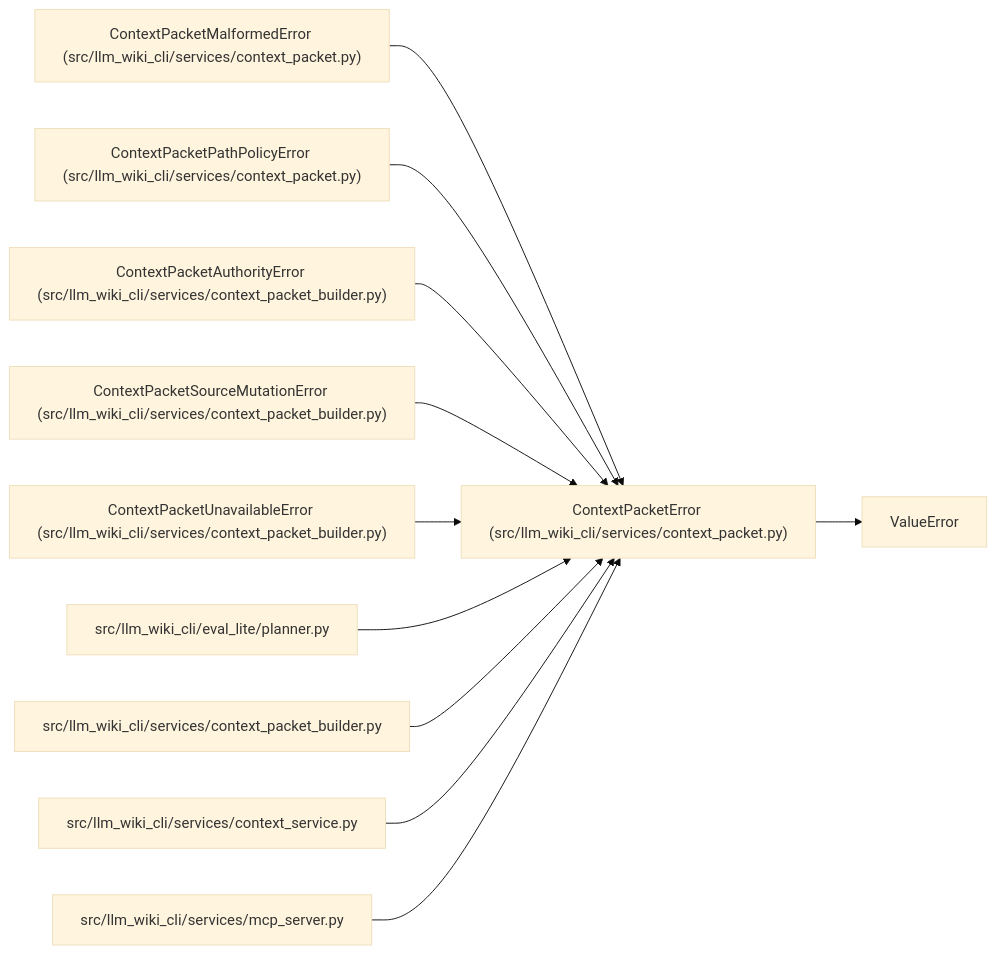
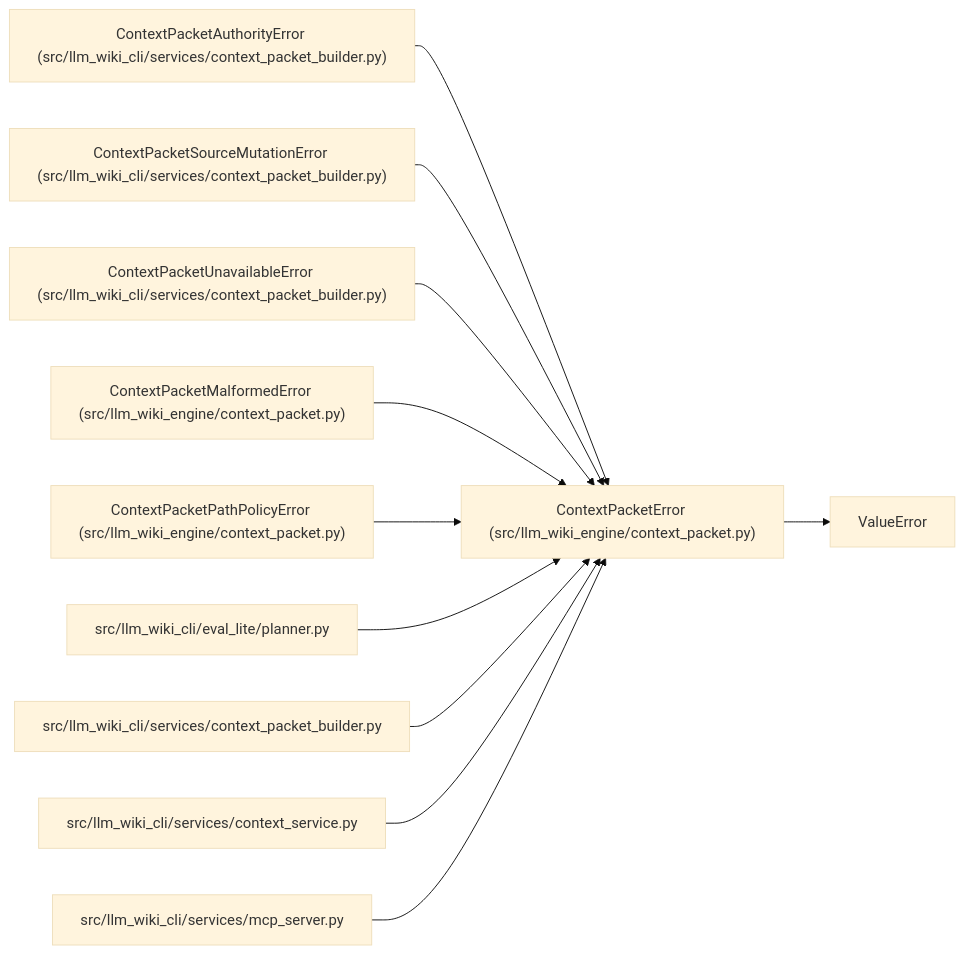
One commit to Denissvgn/python-wiki-llm changed the diagram in docs/llm_wiki/entities/ContextPacketError.md. Above: the diagram before and after it, drawn with Mermaid (base theme). The commit also changed other lines of this file and 577 other files, not shown here.

Commit message:
docs: refresh the wiki for the engine context packet

````diff
--- a/docs/llm_wiki/entities/ContextPacketError.md
+++ b/docs/llm_wiki/entities/ContextPacketError.md
@@ -23,34 +23,34 @@
 ```mermaid
 flowchart LR
-    n0["ContextPacketError (src/llm_wiki_cli/services/context_packet.py)"]
+    n0["ContextPacketError (src/llm_wiki_engine/context_packet.py)"]
     n1["ValueError"]
-    n2["ContextPacketMalformedError (src/llm_wiki_cli/services/context_packet.py)"]
-    n3["ContextPacketPathPolicyError (src/llm_wiki_cli/services/context_packet.py)"]
-    n4["ContextPacketAuthorityError (src/llm_wiki_cli/services/context_packet_builder.py)"]
-    n5["ContextPacketSourceMutationError (src/llm_wiki_cli/services/context_packet_builder.py)"]
-    n6["ContextPacketUnavailableError (src/llm_wiki_cli/services/context_packet_builder.py)"]
+    n2["ContextPacketAuthorityError (src/llm_wiki_cli/services/context_packet_builder.py)"]
+    n3["ContextPacketSourceMutationError (src/llm_wiki_cli/services/context_packet_builder.py)"]
+    n4["ContextPacketUnavailableError (src/llm_wiki_cli/services/context_packet_builder.py)"]
+    n5["ContextPacketMalformedError (src/llm_wiki_engine/context_packet.py)"]
+    n6["ContextPacketPathPolicyError (src/llm_wiki_engine/context_packet.py)"]
     n7["src/llm_wiki_cli/eval_lite/planner.py"]
     n8["src/llm_wiki_cli/services/context_packet_builder.py"]
     n9["src/llm_wiki_cli/services/context_service.py"]
     n10["src/llm_wiki_cli/services/mcp_server.py"]
     n0 --> n1
     n2 --> n0
     n3 --> n0
     n4 --> n0
     n5 --> n0
     n6 --> n0
     n7 --> n0
     n8 --> n0
     n9 --> n0
     n10 --> n0
     click n0 "../modules/context_packet.md"
-    click n2 "../modules/context_packet.md"
-    click n3 "../modules/context_packet.md"
+    click n2 "../modules/context_packet_builder.md"
+    click n3 "../modules/context_packet_builder.md"
     click n4 "../modules/context_packet_builder.md"
-    click n5 "../modules/context_packet_builder.md"
-    click n6 "../modules/context_packet_builder.md"
+    click n5 "../modules/context_packet.md"
+    click n6 "../modules/context_packet.md"
     click n7 "../modules/planner.md"
     click n8 "../modules/context_packet_builder.md"
     click n9 "../modules/context_service.md"
     click n10 "../modules/mcp_server.md"
 ```
````
